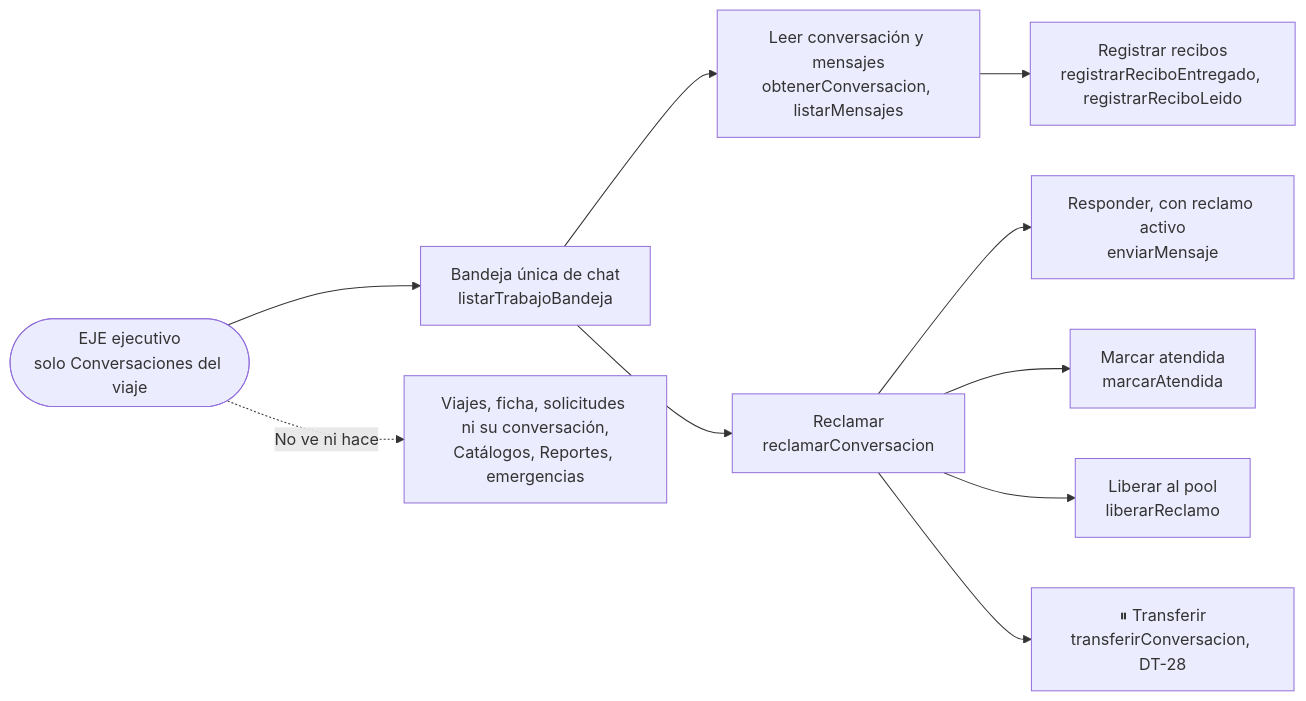
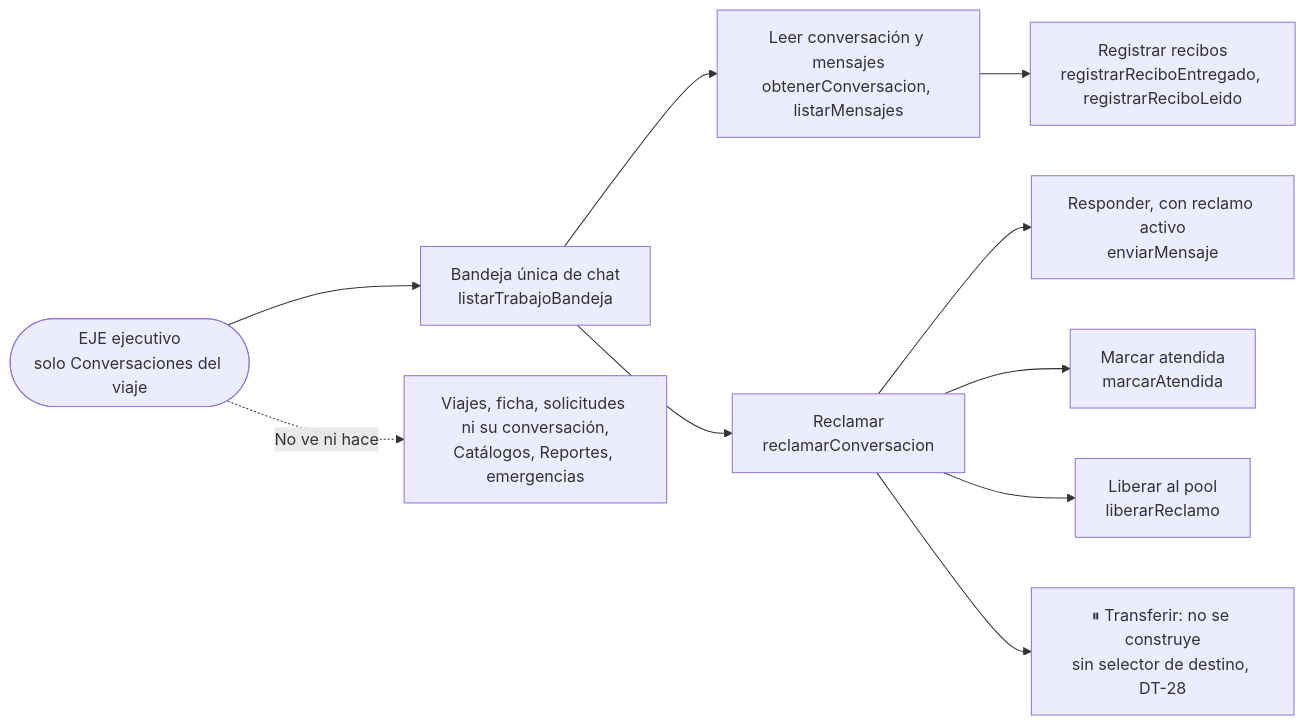
The fifth of 14 diagrams in .kiro/specs/afinacion-roles-modulo-a-modulo/DIAGRAMAS-ROLES.md (AI27-Tech/pf-web-frontend-internal), drawn with Mermaid before and after one commit. The commit also changed other lines of this file and 4 other files, not shown here.

````diff
--- a/.kiro/specs/afinacion-roles-modulo-a-modulo/DIAGRAMAS-ROLES.md
+++ b/.kiro/specs/afinacion-roles-modulo-a-modulo/DIAGRAMAS-ROLES.md
@@ -134,13 +134,13 @@
 ```mermaid
 flowchart LR
   EJE(["EJE ejecutivo<br/>solo Conversaciones del viaje"])
   EJE --> C0["Bandeja única de chat<br/>listarTrabajoBandeja"]
   C0 --> C1["Leer conversación y mensajes<br/>obtenerConversacion, listarMensajes"]
   C0 --> C2["Reclamar<br/>reclamarConversacion"]
   C2 --> C3["Responder, con reclamo activo<br/>enviarMensaje"]
   C2 --> C4["Marcar atendida<br/>marcarAtendida"]
   C2 --> C5["Liberar al pool<br/>liberarReclamo"]
-  C2 --> C6["⏸ Transferir<br/>transferirConversacion, DT-28"]
+  C2 --> C6["⏸ Transferir: no se construye<br/>sin selector de destino, DT-28"]
   C1 --> C7["Registrar recibos<br/>registrarReciboEntregado, registrarReciboLeido"]
   EJE -. "No ve ni hace" .-> N["Viajes, ficha, solicitudes ni su conversación,<br/>Catálogos, Reportes, emergencias"]
 ```
````
